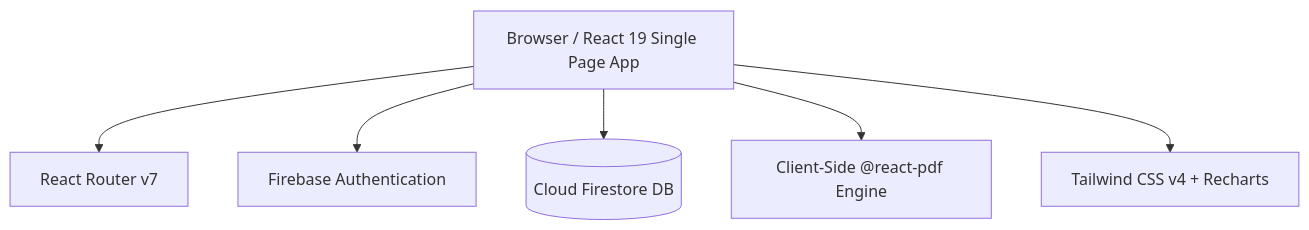
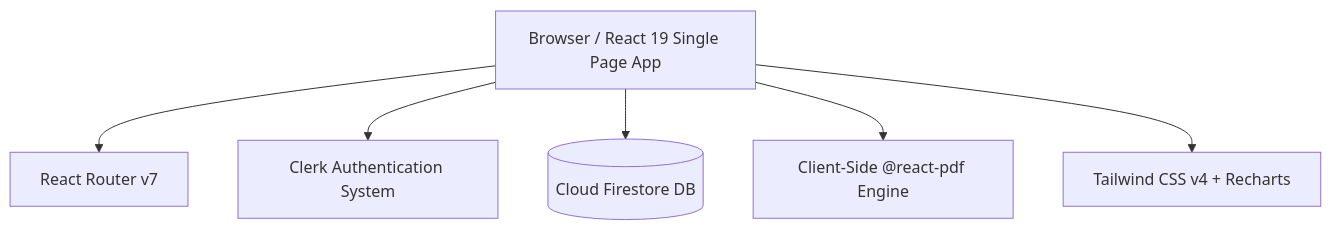
Before and after one commit to quimoraLabs/invoice-dashboard: the diagram in docs/03_TECH_STACK_ARCHITECTURE.md, drawn with Mermaid. The commit also changed other lines of this file and 28 other files, not shown here.

````diff
--- a/docs/03_TECH_STACK_ARCHITECTURE.md
+++ b/docs/03_TECH_STACK_ARCHITECTURE.md
@@ -7,15 +7,15 @@
 ```mermaid
 graph TD
     Client[Browser / React 19 Single Page App]
     Router[React Router v7]
-    Auth[Firebase Authentication]
+    Auth[Clerk Authentication System]
     Firestore[(Cloud Firestore DB)]
     PDF[Client-Side @react-pdf Engine]
     UI[Tailwind CSS v4 + Recharts]
 
     Client --> Router
     Client --> Auth
     Client --> Firestore
     Client --> PDF
     Client --> UI
 ```
````
